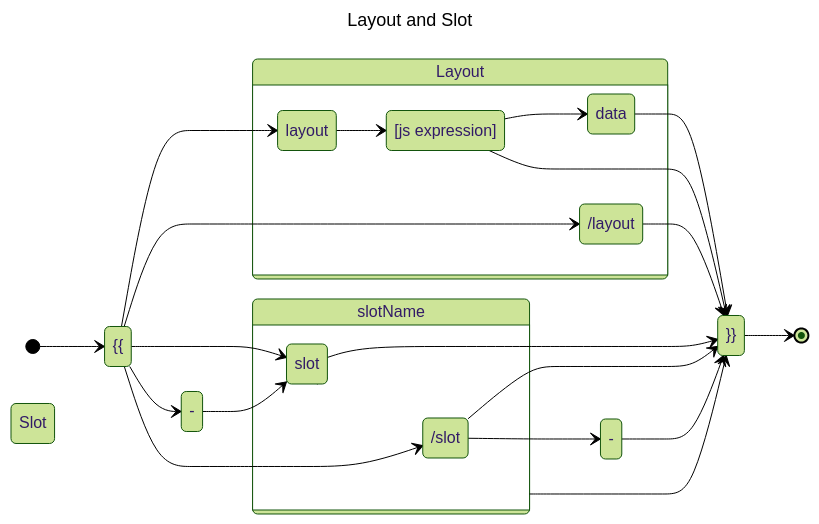
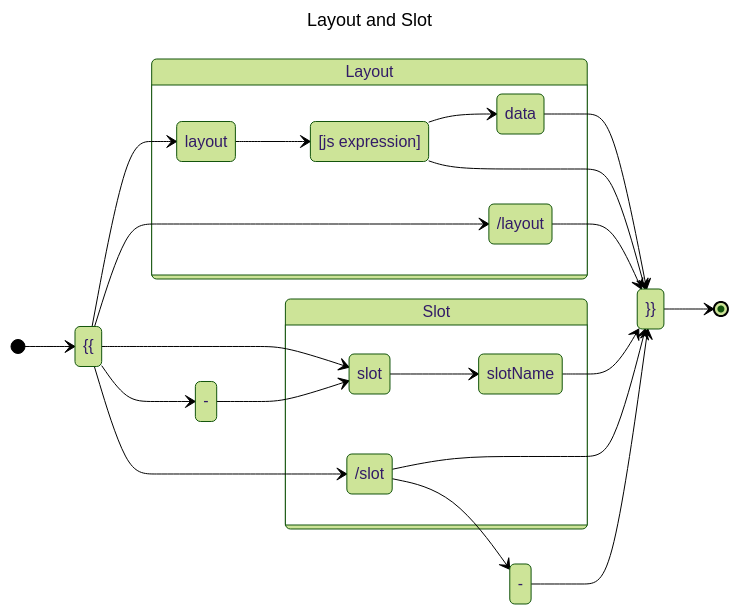
One commit to ventojs/webstorm-vento changed the eighth of 11 diagrams in statemachine-v2.md. Above: the diagram before and after it, drawn with Mermaid.

Commit message:
chore(docs): adjust state transitions in Vento State Machine diagrams
- Updated `statemachine-v2.md` to refine group state definition and transitions for `grSlot`.
- Fixed redundant `slot` state transitions to improve clarity and diagram accuracy.

````diff
--- a/statemachine-v2.md
+++ b/statemachine-v2.md
@@ -326,59 +326,59 @@
 ```mermaid
 ---
 title: Layout and Slot
 config:
   theme: 'forest'
   themeVariables:
     darkmode: 'false'
     background: '#ffffff'
 ---
 stateDiagram-v2
     direction LR
 
     state "[js expression]" as layoutexp
     state "layout" as layout
 
     [*] --> open7
 
     close7 --> [*]
 
 %% layout
     state "{{" as open7
     state "}}" as close7
     state "-" as odash7
     state "-" as cdash7
     open7 --> layout
     grLayout: Layout
 state grLayout {
     state "/layout" as clayout
     layout --> layoutexp
     layoutexp --> data
 }
-    slot --> slotName
     data --> close7
     layoutexp --> close7
 
     open7 --> clayout
     clayout --> close7
 grSlot: Slot
-state slotName {
+state grSlot {
     state "/slot" as cslot
     state "slot" as slot
+    slot --> slotName
+
 
  }
     open7 --> slot
     open7 --> odash7
     odash7 --> slot
 
 
     slotName --> close7
-    slot --> close7
 
     open7 --> cslot
     cslot --> close7
     cslot --> cdash7
     cdash7 --> close7
 
 
 
 ```
````
